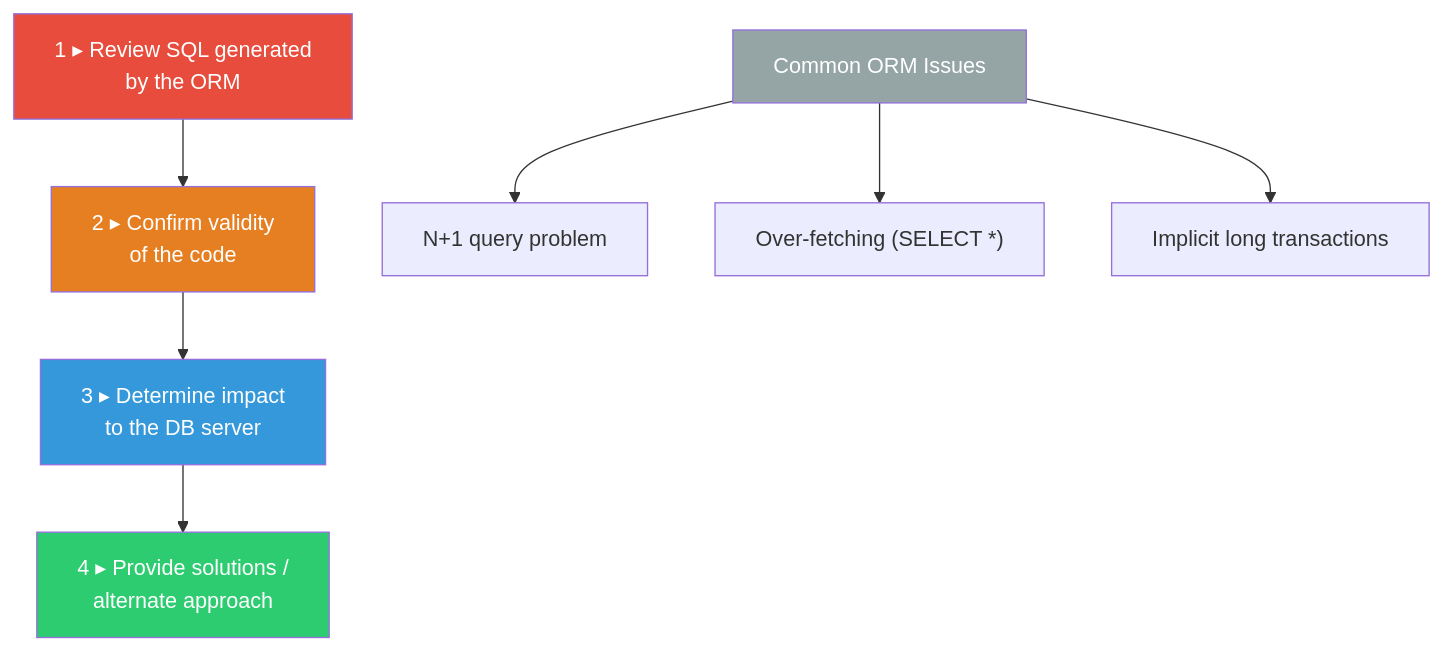
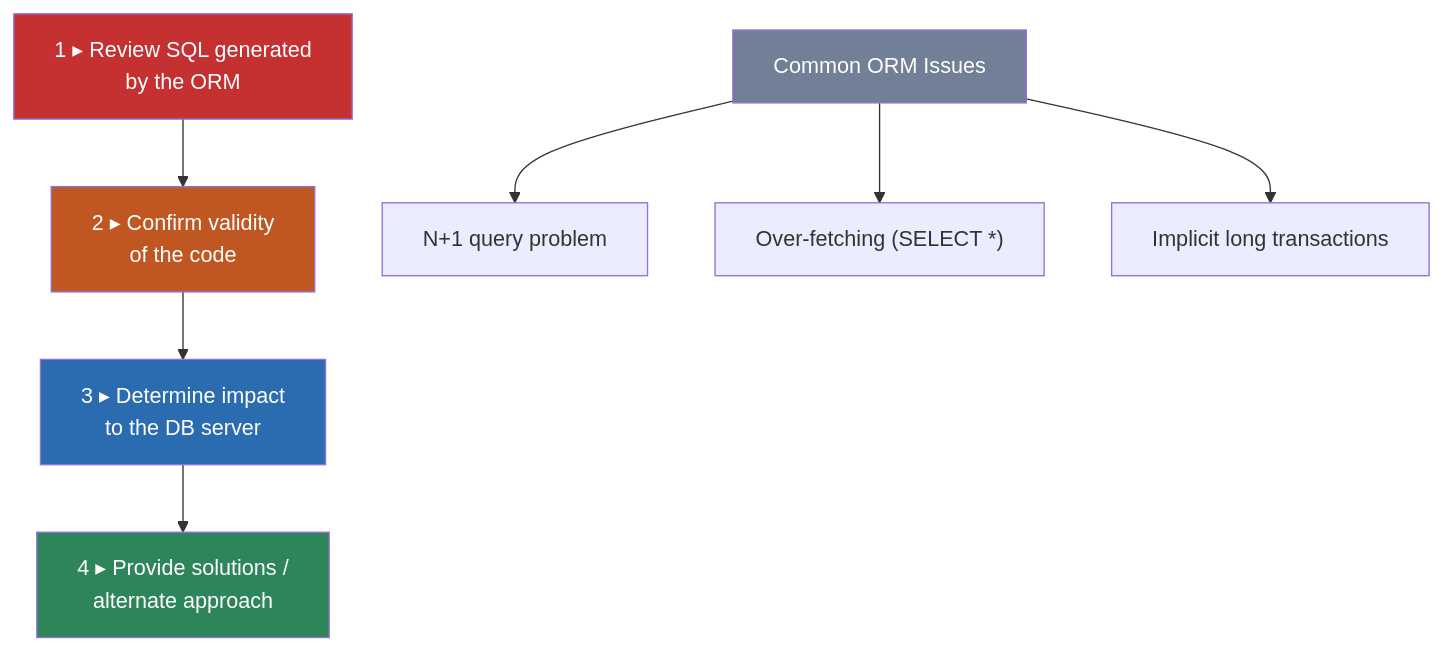
One commit to George-API/CompTIA_DataSys_Study_Guide changed the ninth of 39 diagrams in 07-Visual-Study-Diagrams.md. Above: the diagram before and after it, drawn with Mermaid. The commit also changed other lines of this file, not shown here.

Commit message:
Improvements to visual study mermaid diagrams

````diff
--- a/07-Visual-Study-Diagrams.md
+++ b/07-Visual-Study-Diagrams.md
@@ -182,20 +182,20 @@
 ```mermaid
 flowchart TD
-    S1["1 ▸ Review SQL generated\nby the ORM"]
-    S2["2 ▸ Confirm validity\nof the code"]
-    S3["3 ▸ Determine impact\nto the DB server"]
-    S4["4 ▸ Provide solutions /\nalternate approach"]
+    S1["1 ▸ Review SQL generated<br/>by the ORM"]
+    S2["2 ▸ Confirm validity<br/>of the code"]
+    S3["3 ▸ Determine impact<br/>to the DB server"]
+    S4["4 ▸ Provide solutions /<br/>alternate approach"]
 
     S1 --> S2 --> S3 --> S4
 
     PROB["Common ORM Issues"]
     PROB --> P1["N+1 query problem"]
     PROB --> P2["Over-fetching (SELECT *)"]
     PROB --> P3["Implicit long transactions"]
 
-    style S1 fill:#e74c3c,color:#fff
-    style S2 fill:#e67e22,color:#fff
-    style S3 fill:#3498db,color:#fff
-    style S4 fill:#2ecc71,color:#fff
-    style PROB fill:#95a5a6,color:#fff
+    style S1 fill:#C53030,color:#fff
+    style S2 fill:#C05621,color:#fff
+    style S3 fill:#2B6CB0,color:#fff
+    style S4 fill:#2F855A,color:#fff
+    style PROB fill:#718096,color:#fff
 ```
````
